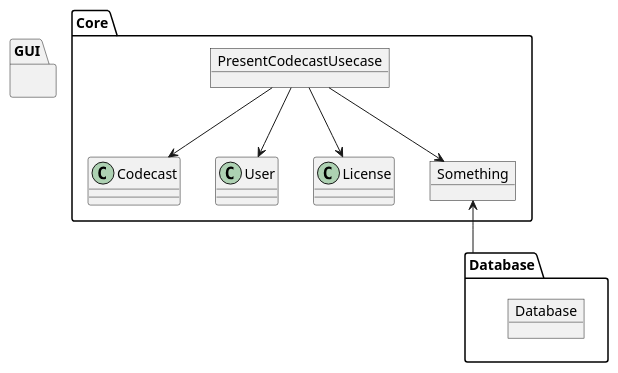
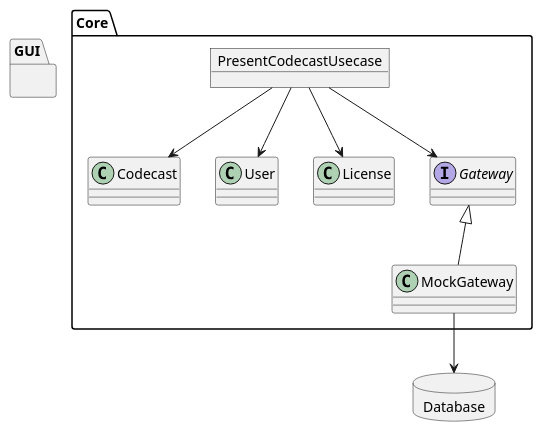
The diagram in schema.puml (sundaycrafts/study-cleancoders-java-case-study), drawn with PlantUML before and after one commit. The commit also changed 5 other files, not shown here.

```diff
--- a/schema.puml
+++ b/schema.puml
@@ -1,22 +1,23 @@
 @startuml
+allow_mixing
+database Database
+
 package Core {
   object PresentCodecastUsecase
   class Codecast
   class User
   class License
-  object Something
+  interface Gateway
+  class MockGateway
 }
 
 PresentCodecastUsecase --> Codecast
 PresentCodecastUsecase --> User
 PresentCodecastUsecase --> License
-PresentCodecastUsecase --> Something
-Something <-- Database
+PresentCodecastUsecase --> Gateway
+Gateway <|-- MockGateway
+MockGateway --> Database
 
 package GUI {
 }
-
-package Database {
-  object Database
-}
 @enduml
```
